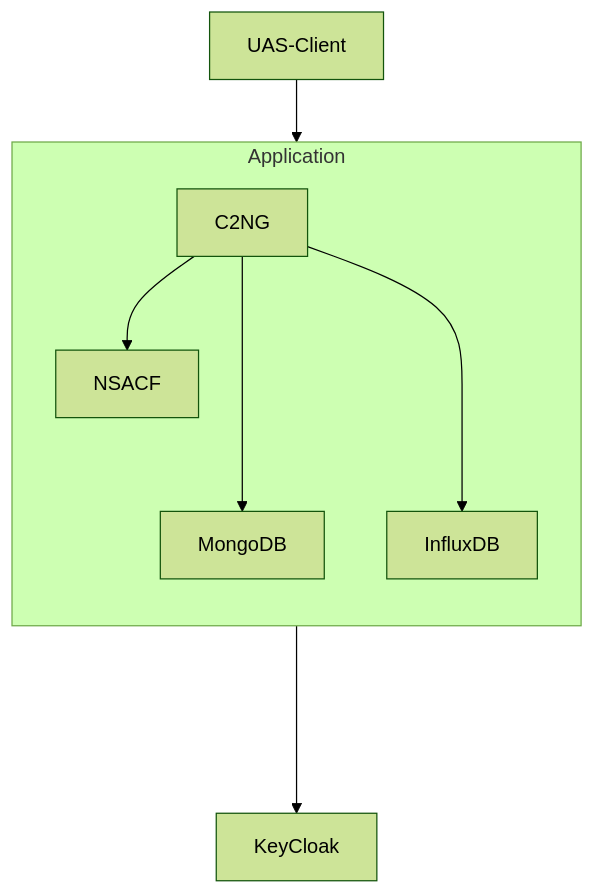
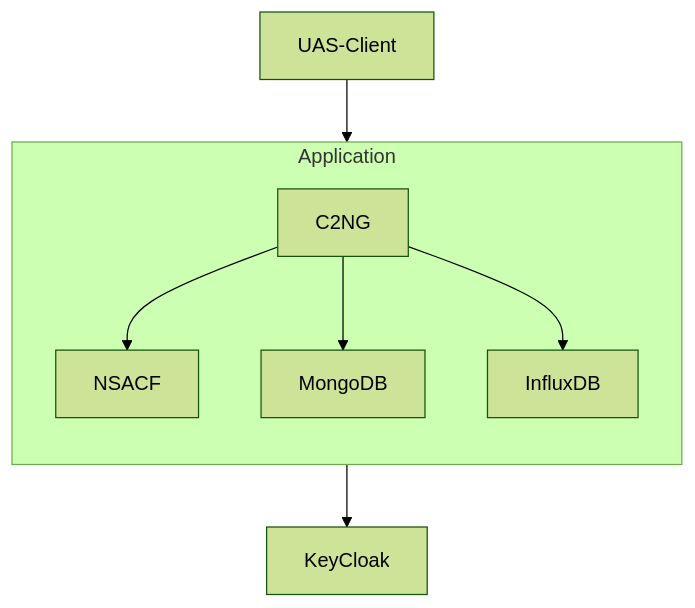
The first of 7 diagrams in docs/GENERAL.md (flyvercity/iot-ngin-c2ng), drawn with Mermaid (forest theme) before and after one commit. The commit also changed other lines of this file and 1 other file, not shown here.

Commit message:
Login sequence diagram

````diff
--- a/docs/GENERAL.md
+++ b/docs/GENERAL.md
@@ -15,11 +15,11 @@
 ```mermaid
 flowchart
     UAS-Client --> Application
     subgraph Application
         direction TB
         C2NG --> NSACF
-        C2NG ---> MongoDB
-        C2NG ---> InfluxDB
+        C2NG --> MongoDB
+        C2NG --> InfluxDB
     end
-    Application ----> KeyCloak
+    Application --> KeyCloak
 ```
````
